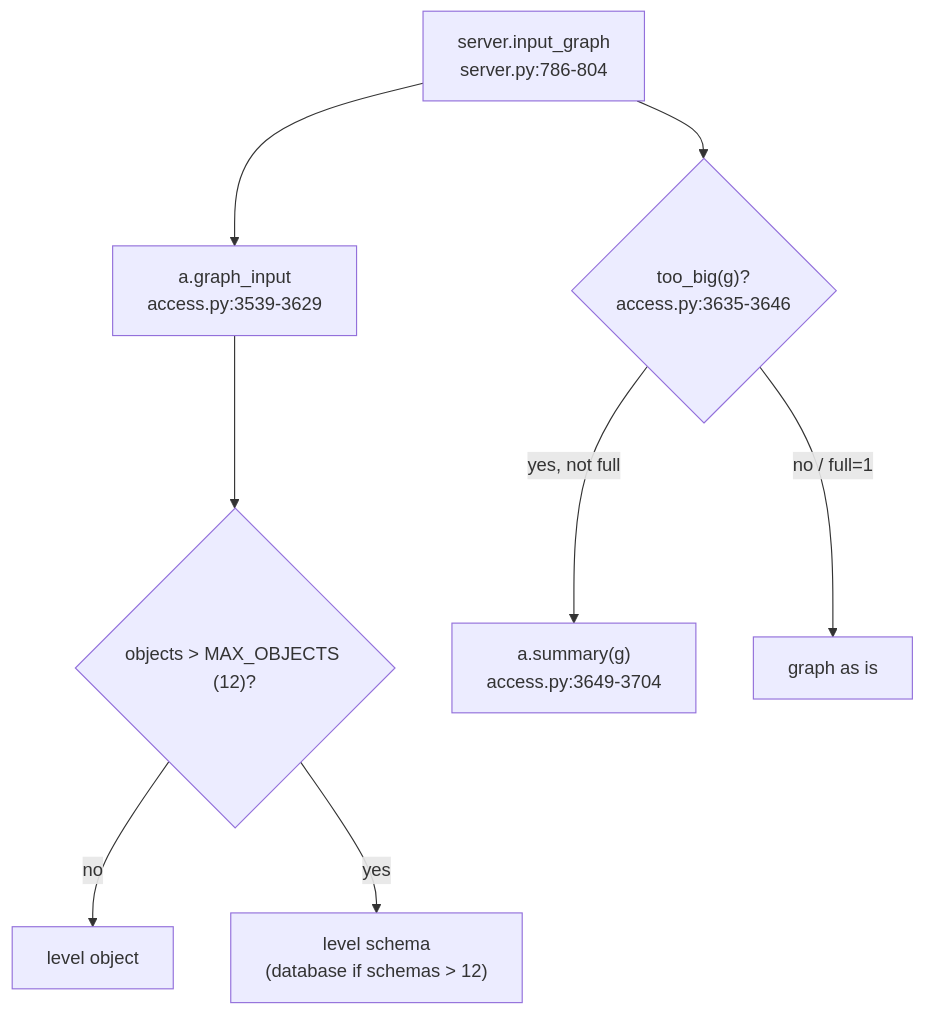
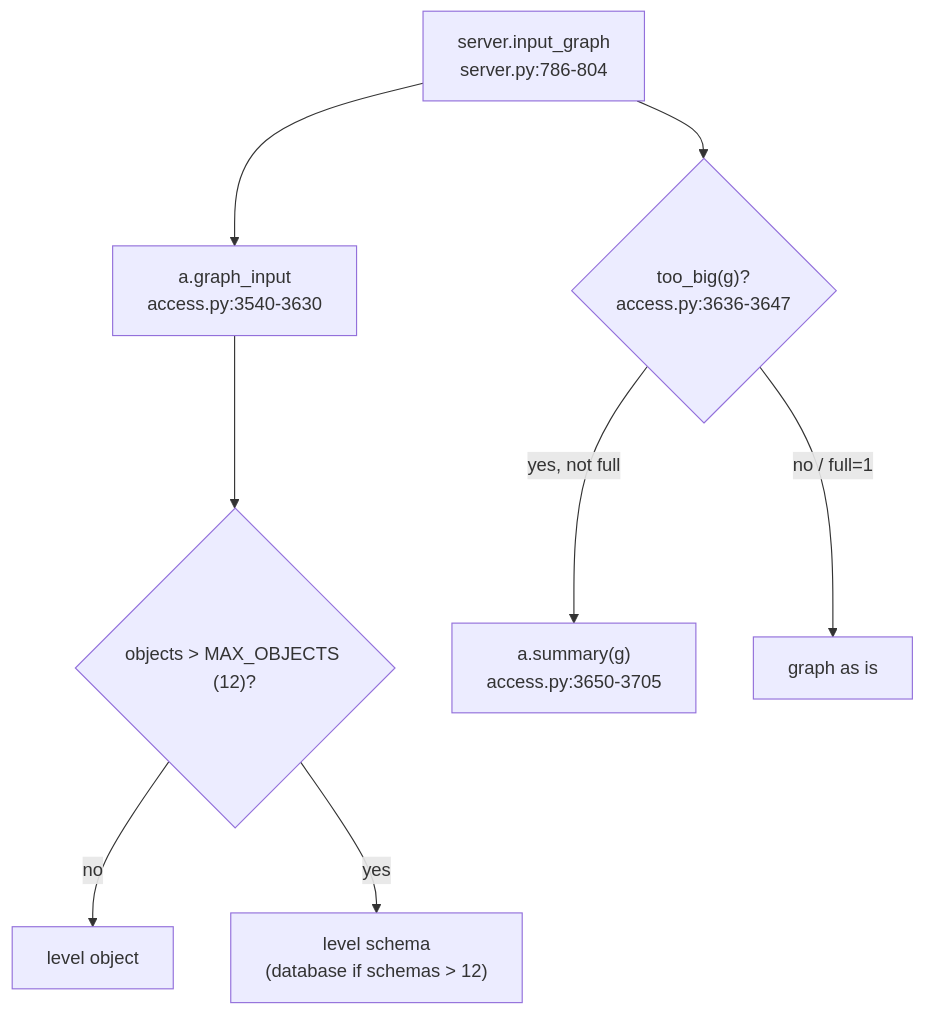
The diagram in snowflake-access-explorer-knowledge-graph/logic/graph-input.md (darshanmeel/snowflake-access-explorer), drawn with Mermaid before and after one commit. The commit also changed other lines of this file and 55 other files, not shown here.

Commit message:
Docs and knowledge graph: background refresh, saved reads, DuckDB rule walk, kept rule results; graph line refs re-synced

````diff
--- a/snowflake-access-explorer-knowledge-graph/logic/graph-input.md
+++ b/snowflake-access-explorer-knowledge-graph/logic/graph-input.md
@@ -6,10 +6,10 @@
 ```mermaid
 flowchart TD
-  IG["server.input_graph<br/>server.py:786-804"] --> GI["a.graph_input<br/>access.py:3539-3629"]
+  IG["server.input_graph<br/>server.py:786-804"] --> GI["a.graph_input<br/>access.py:3540-3630"]
   GI --> LV{"objects > MAX_OBJECTS (12)?"}
   LV -- no --> OBJ[level object]
   LV -- yes --> SC["level schema<br/>(database if schemas > 12)"]
-  IG --> TB{"too_big(g)?<br/>access.py:3635-3646"}
-  TB -- "yes, not full" --> SU["a.summary(g)<br/>access.py:3649-3704"]
+  IG --> TB{"too_big(g)?<br/>access.py:3636-3647"}
+  TB -- "yes, not full" --> SU["a.summary(g)<br/>access.py:3650-3705"]
   TB -- "no / full=1" --> RAW[graph as is]
 ```
````
